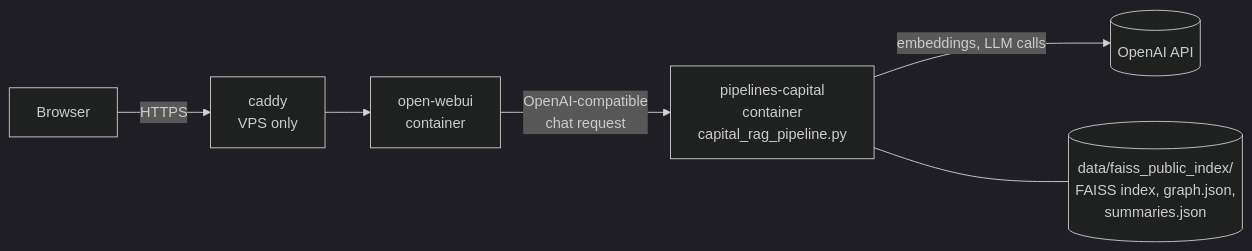
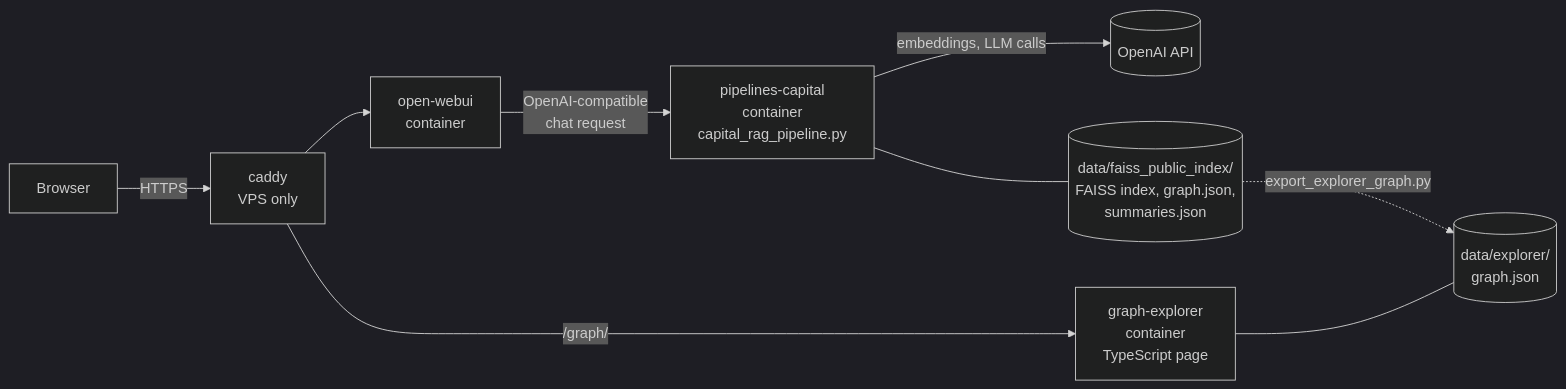
One commit to HaukeHoppe/MjoellnirAI changed the first of 4 diagrams in README.md. Above: the diagram before and after it, drawn with Mermaid (dark theme). The commit also changed other lines of this file and 1 other file, not shown here.

First line of the commit message:
docs(docs): present the graph explorer in the README

````diff
--- a/README.md
+++ b/README.md
@@ -53,8 +56,11 @@
 ```mermaid
 flowchart LR
     B[Browser] -->|HTTPS| CA[caddy<br/>VPS only]
     CA --> OW[open-webui<br/>container]
     OW -->|OpenAI-compatible<br/>chat request| PC[pipelines-capital<br/>container<br/>capital_rag_pipeline.py]
     PC -->|embeddings, LLM calls| OA[(OpenAI API)]
     PC --- IDX[(data/faiss_public_index/<br/>FAISS index, graph.json,<br/>summaries.json)]
+    CA -->|/graph/| GE[graph-explorer<br/>container<br/>TypeScript page]
+    IDX -.->|export_explorer_graph.py| EX[(data/explorer/<br/>graph.json)]
+    GE --- EX
 ```
````
